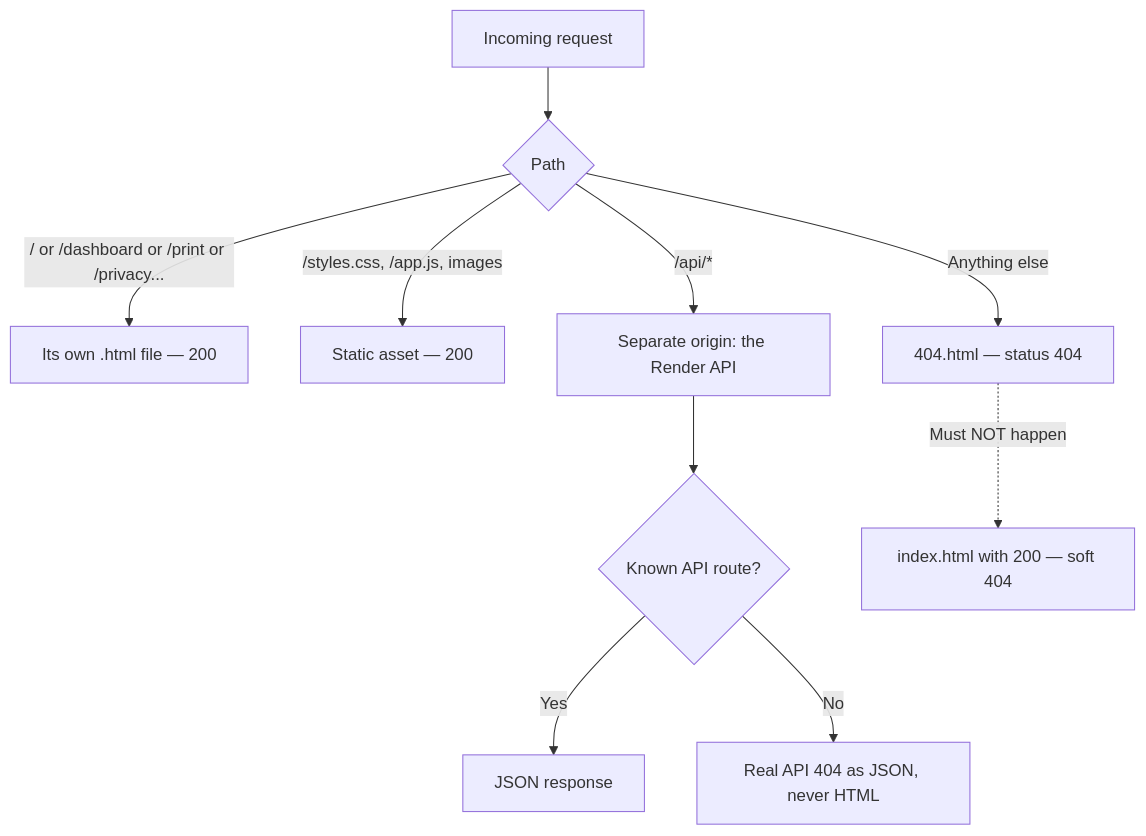
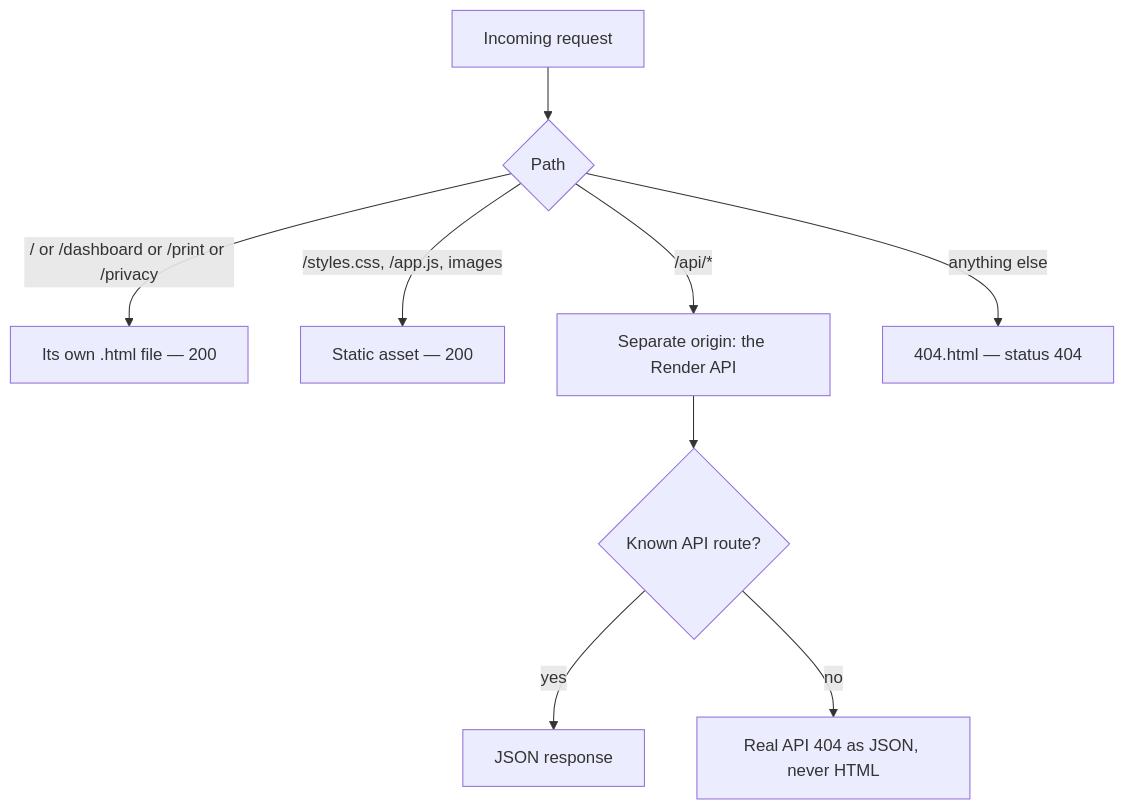
The fifth of 5 diagrams in README.md (Ayan-css/PrintOK), drawn with Mermaid before and after one commit. The commit also changed other lines of this file, not shown here.

First line of the commit message:
docs(readme): fix the architecture diagrams GitHub refused to render

````diff
--- a/README.md
+++ b/README.md
@@ -236,14 +229,12 @@
 ```mermaid
-graph TD
-    A[Incoming request] --> B{Path}
-    B -->|/ or /dashboard or /print or /privacy...| C[Its own .html file — 200]
-    B -->|/styles.css, /app.js, images| D[Static asset — 200]
-    B -->|/api/*| E[Separate origin: the Render API]
-    B -->|Anything else| F[404.html — status 404]
+flowchart TD
+    A["Incoming request"] --> B{"Path"}
+    B -->|"/ or /dashboard or /print or /privacy"| C["Its own .html file — 200"]
+    B -->|"/styles.css, /app.js, images"| D["Static asset — 200"]
+    B -->|"/api/*"| E["Separate origin: the Render API"]
+    B -->|"anything else"| F["404.html — status 404"]
 
-    E --> G{Known API route?}
-    G -->|Yes| H[JSON response]
-    G -->|No| I[Real API 404 as JSON, never HTML]
-
-    F -.->|Must NOT happen| J[index.html with 200 — soft 404]
+    E --> G{"Known API route?"}
+    G -->|"yes"| H["JSON response"]
+    G -->|"no"| I["Real API 404 as JSON, never HTML"]
 ```
````
